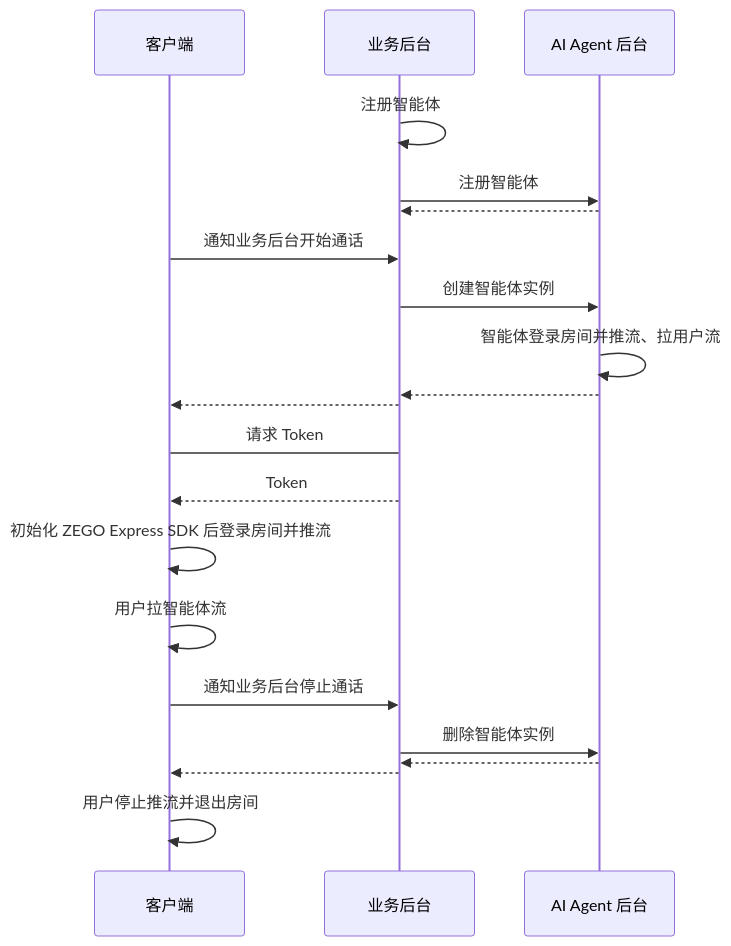
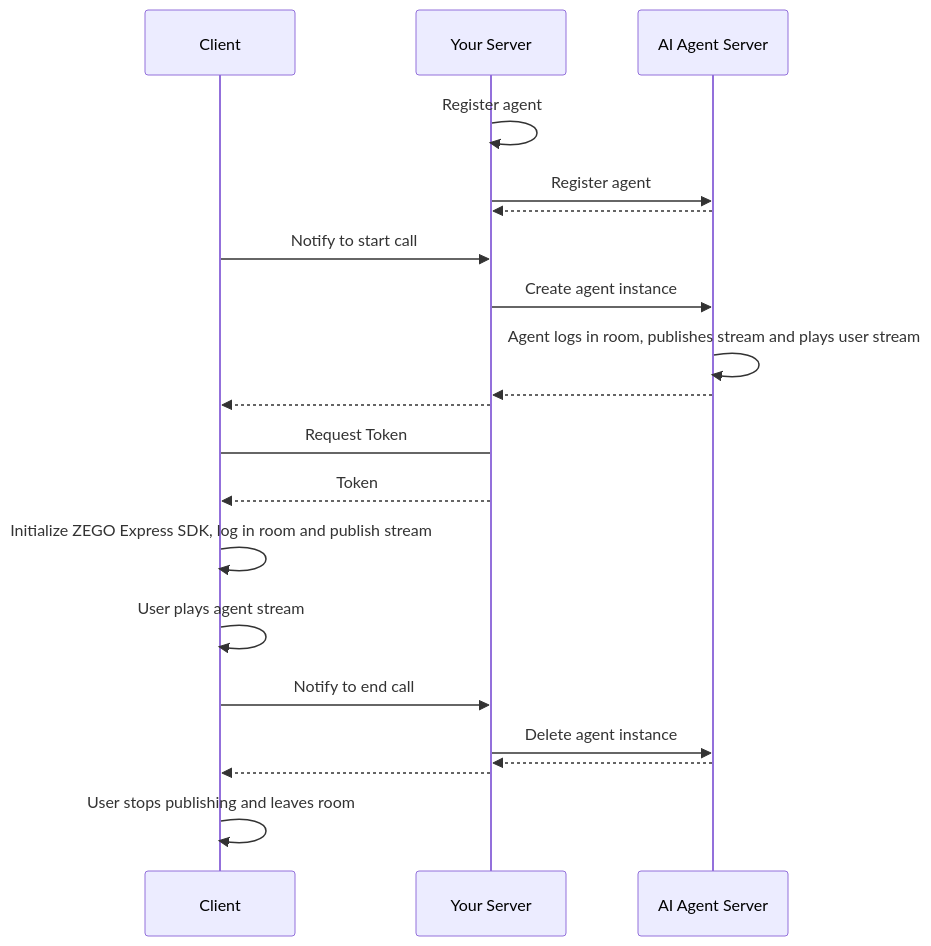
The diagram in core_products/aiagent/en/docs_aiagent_server/Quick start.mdx (ZEGOCLOUD/docs_all), drawn with Mermaid before and after one commit. The commit also changed other lines of this file and 16 other files, not shown here.

````diff
--- a/core_products/aiagent/en/docs_aiagent_server/Quick start.mdx
+++ b/core_products/aiagent/en/docs_aiagent_server/Quick start.mdx
@@ -33,31 +32,30 @@
 ```mermaid
 sequenceDiagram
-    participant 客户端
-    participant 业务后台
-    participant AI Agent 后台
+    participant Client
+    participant Your Server
+    participant AI Agent Server
    
-    业务后台->>业务后台: 注册智能体
-    业务后台->>AI Agent 后台: 注册智能体
-    AI Agent 后台-->>业务后台: 
+    Your Server->>Your Server: Register agent
+    Your Server->>AI Agent Server: Register agent
+    AI Agent Server-->>Your Server: 
 
-    客户端->>业务后台: 通知业务后台开始通话
-    业务后台->>AI Agent 后台: 创建智能体实例
-    AI Agent 后台->>AI Agent 后台: 智能体登录房间并推流、拉用户流
-    AI Agent 后台-->>业务后台: 
-    业务后台-->>客户端: 
+    Client->>Your Server: Notify to start call
+    Your Server->>AI Agent Server: Create agent instance
+    AI Agent Server->>AI Agent Server: Agent logs in room, publishes stream and plays user stream
+    AI Agent Server-->>Your Server: 
+    Your Server-->>Client: 
     
-    客户端->业务后台: 请求 Token
-    业务后台-->>客户端: Token
+    Client->Your Server: Request Token
+    Your Server-->>Client: Token
     
-    客户端->>客户端: 初始化 ZEGO Express SDK 后登录房间并推流
+    Client->>Client: Initialize ZEGO Express SDK, log in room and publish stream
     
+    Client->>Client: User plays agent stream
     
-    客户端->>客户端: 用户拉智能体流
+    Client->>Your Server: Notify to end call
+    Your Server->>AI Agent Server: Delete agent instance
+    AI Agent Server-->>Your Server: 
+    Your Server-->>Client: 
     
-    客户端->>业务后台: 通知业务后台停止通话
-    业务后台->>AI Agent 后台: 删除智能体实例
-    AI Agent 后台-->>业务后台: 
-    业务后台-->>客户端: 
-    
-    客户端->>客户端: 用户停止推流并退出房间
+    Client->>Client: User stops publishing and leaves room
 ```
````
